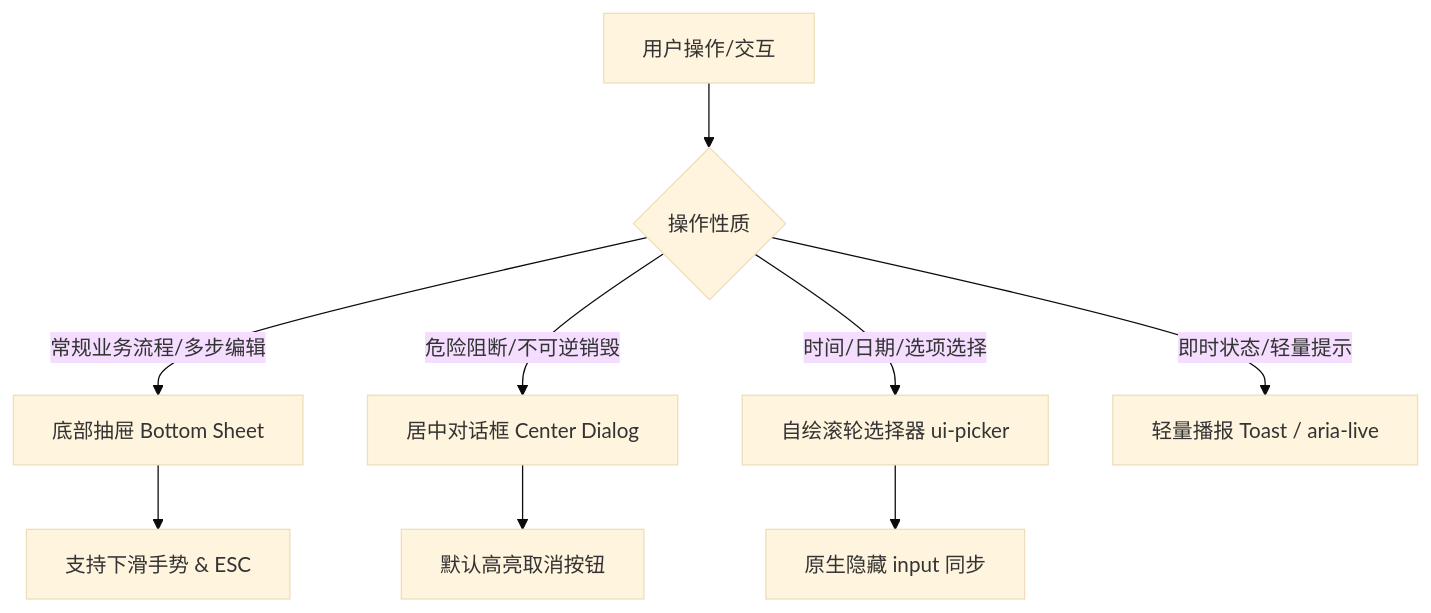
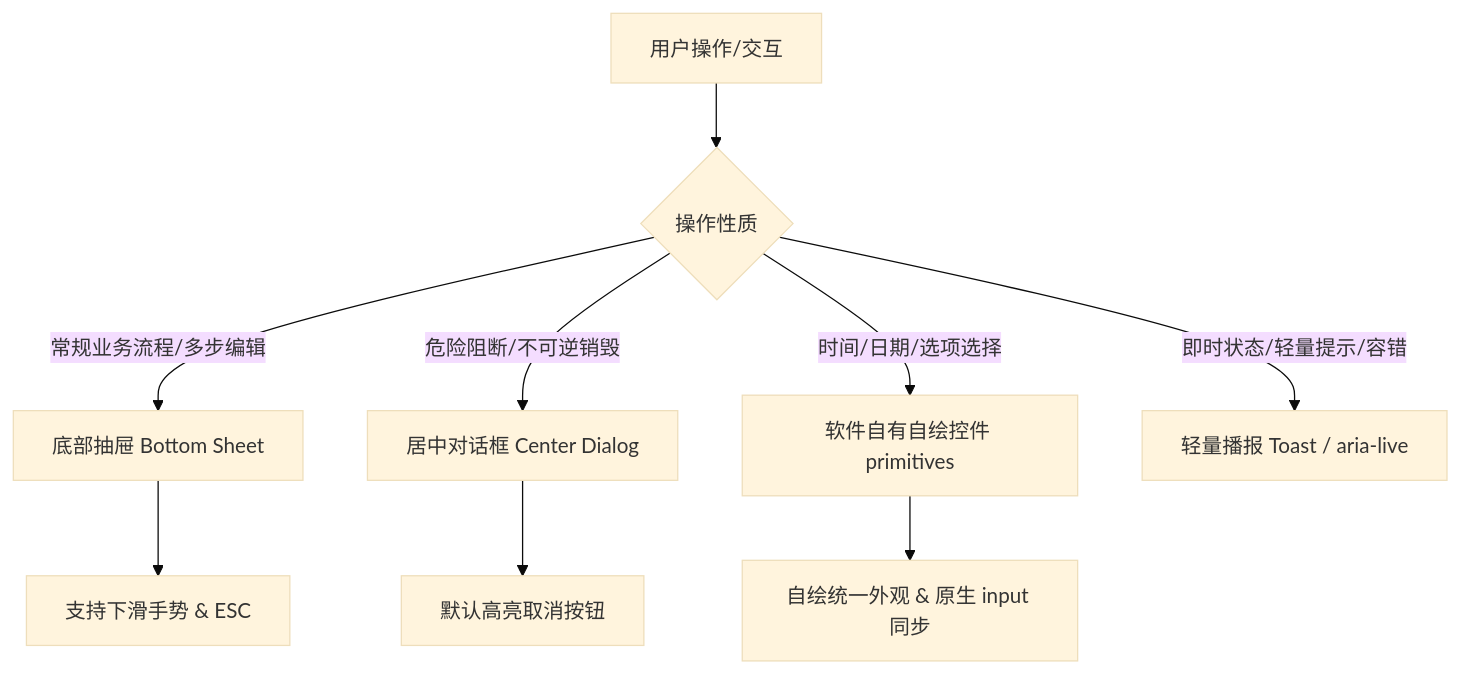
Before and after one commit to Misakii1k/xiaoyaohe: the second of 3 diagrams in design/design.md, drawn with Mermaid (base theme). The commit also changed other lines of this file and 29 other files, not shown here.

````diff
--- a/design/design.md
+++ b/design/design.md
@@ -195,13 +208,13 @@
 ```mermaid
 flowchart TD
   UserAction[用户操作/交互] --> ActionType{操作性质}
   
   ActionType -->|常规业务流程/多步编辑| BottomSheet[底部抽屉 Bottom Sheet]
   ActionType -->|危险阻断/不可逆销毁| CenterDialog[居中对话框 Center Dialog]
-  ActionType -->|时间/日期/选项选择| UIPicker[自绘滚轮选择器 ui-picker]
-  ActionType -->|即时状态/轻量提示| ToastNotice[轻量播报 Toast / aria-live]
+  ActionType -->|时间/日期/选项选择| CustomPicker[软件自有自绘控件 primitives]
+  ActionType -->|即时状态/轻量提示/容错| ToastNotice[轻量播报 Toast / aria-live]
   
   BottomSheet --> DragClose[支持下滑手势 & ESC]
   CenterDialog --> SafeDefault[默认高亮取消按钮]
-  UIPicker --> NativeFallback[原生隐藏 input 同步]
+  CustomPicker --> UnifiedTheme[自绘统一外观 & 原生 input 同步]
 ```
````
